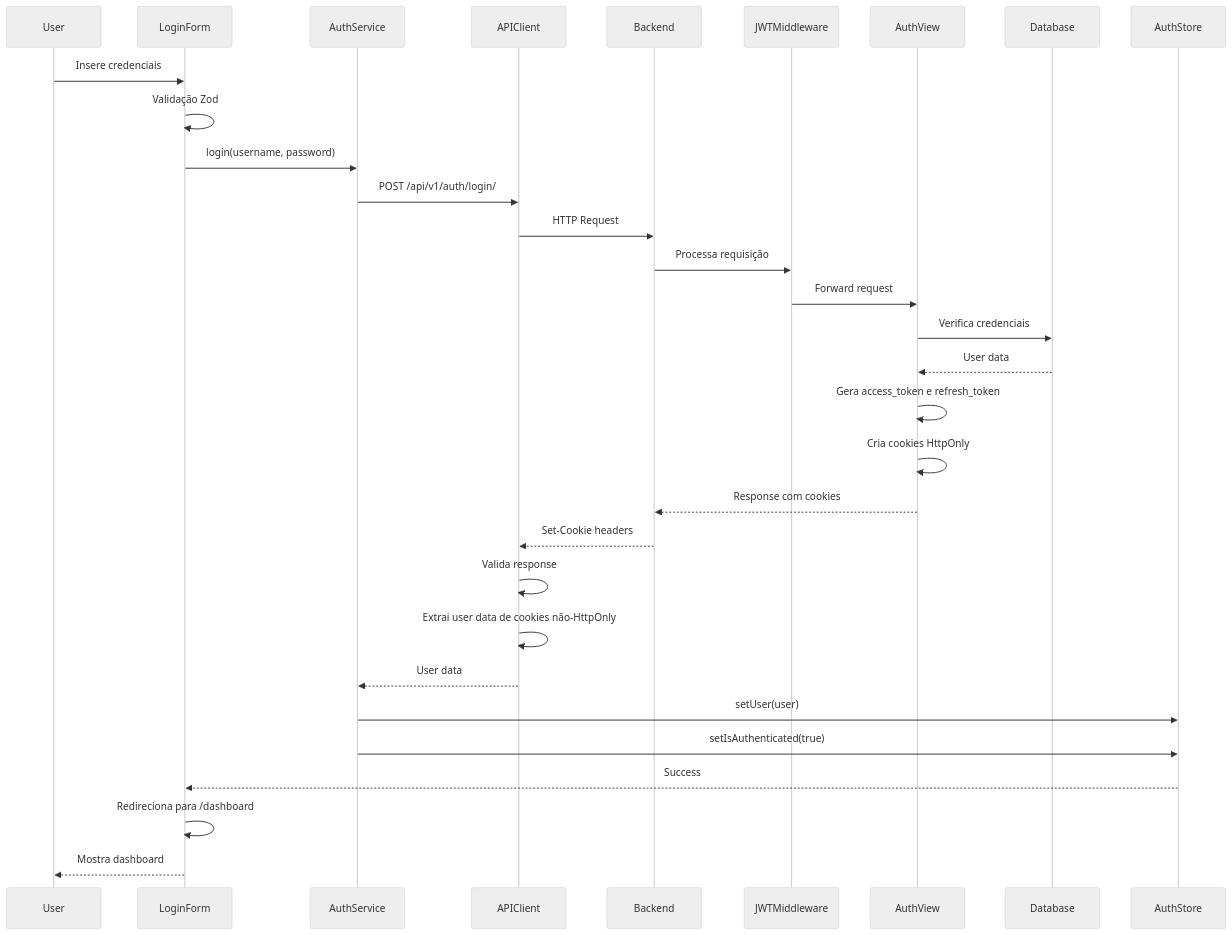
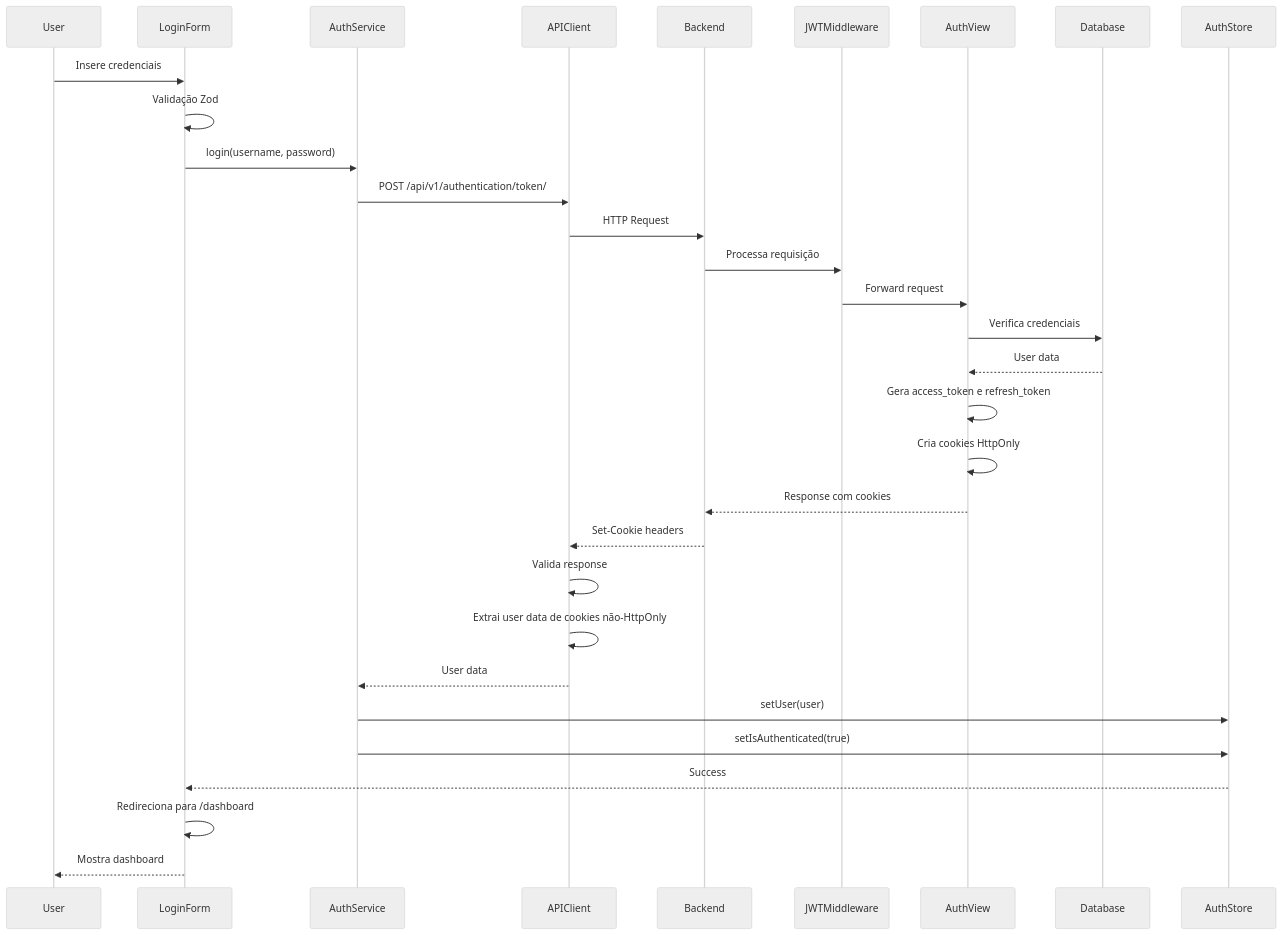
One commit to tarcisioribeiro/Axiom changed the first of 13 diagrams in documentation/architecture/data_flow.md. Above: the diagram before and after it, drawn with Mermaid (neutral theme). The commit also changed other lines of this file and 41 other files, not shown here.

````diff
--- a/documentation/architecture/data_flow.md
+++ b/documentation/architecture/data_flow.md
@@ -23,39 +23,39 @@
 ```mermaid
 sequenceDiagram
     participant User
     participant LoginForm
     participant AuthService
     participant APIClient
     participant Backend
     participant JWTMiddleware
     participant AuthView
     participant Database
     participant AuthStore
 
     User->>LoginForm: Insere credenciais
     LoginForm->>LoginForm: Validação Zod
     LoginForm->>AuthService: login(username, password)
-    AuthService->>APIClient: POST /api/v1/auth/login/
+    AuthService->>APIClient: POST /api/v1/authentication/token/
 
     APIClient->>Backend: HTTP Request
     Backend->>JWTMiddleware: Processa requisição
     JWTMiddleware->>AuthView: Forward request
 
     AuthView->>Database: Verifica credenciais
     Database-->>AuthView: User data
     AuthView->>AuthView: Gera access_token e refresh_token
     AuthView->>AuthView: Cria cookies HttpOnly
 
     AuthView-->>Backend: Response com cookies
     Backend-->>APIClient: Set-Cookie headers
     APIClient->>APIClient: Valida response
     APIClient->>APIClient: Extrai user data de cookies não-HttpOnly
 
     APIClient-->>AuthService: User data
     AuthService->>AuthStore: setUser(user)
     AuthService->>AuthStore: setIsAuthenticated(true)
 
     AuthStore-->>LoginForm: Success
     LoginForm->>LoginForm: Redireciona para /dashboard
     LoginForm-->>User: Mostra dashboard
 ```
````
